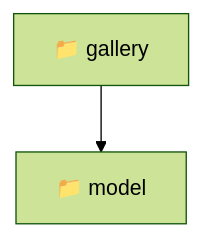
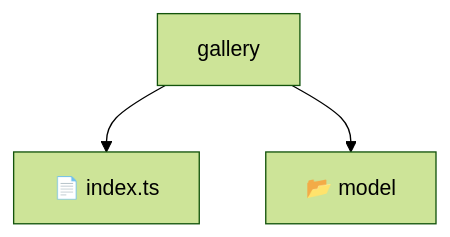
The diagram in frontend/src/features/gallery/README.md (beginwebdev2002/fullstack-mavluda), drawn with Mermaid (forest theme) before and after one commit. The commit also changed other lines of this file and 155 other files, not shown here.

````diff
--- a/frontend/src/features/gallery/README.md
+++ b/frontend/src/features/gallery/README.md
@@ -10,5 +14,6 @@
 ```mermaid
 graph TD
-  Root["📁 gallery"]
-  Root --> model["📁 model"]
+    Root[gallery]
+    Root --> F0[📄 index.ts]
+    Root --> F1[📂 model]
 ```
````
